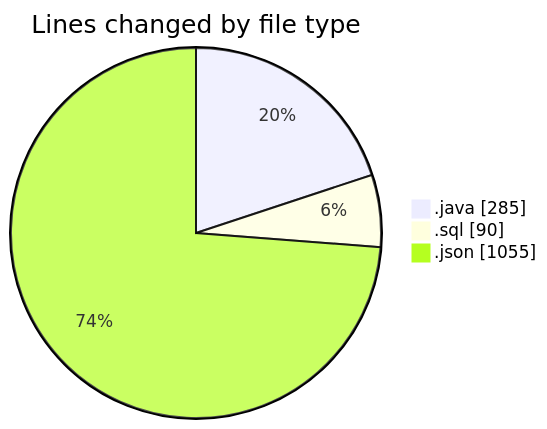
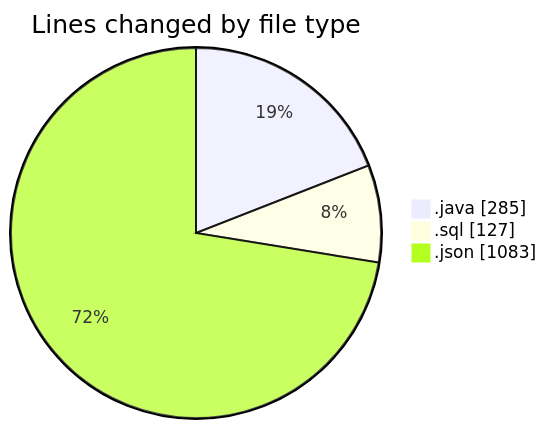
One commit to ricardozamudiocil/code-tracking changed the first of 2 diagrams in 2026-06-02/cilapp/README.md. Above: the diagram before and after it, drawn with Mermaid. The commit also changed other lines of this file and 1 other file, not shown here.

````diff
--- a/2026-06-02/cilapp/README.md
+++ b/2026-06-02/cilapp/README.md
@@ -23,7 +24,7 @@
 ```mermaid
 pie showData
 title Lines changed by file type
 ".java" : 285
-".sql" : 90
-".json" : 1055
+".sql" : 127
+".json" : 1083
 ```
````
